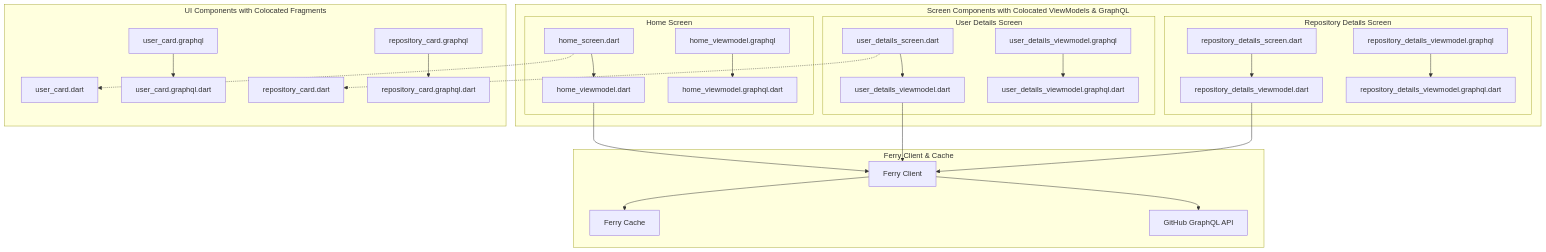
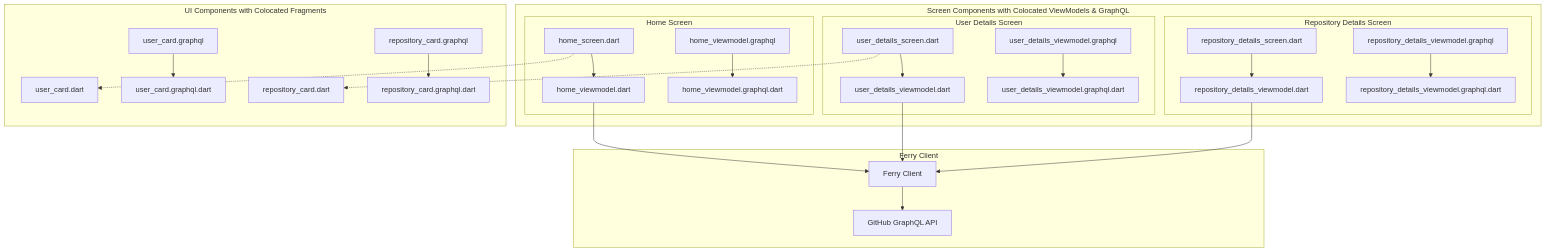
Before and after one commit to jacobdam/gh3: the first of 3 diagrams in .kiro/specs/github-graphql-ferry/design.md, drawn with Mermaid. The commit also changed other lines of this file and 3 other files, not shown here.

First line of the commit message:
refactor: remove caching strategy from GitHub GraphQL Ferry specification

````diff
--- a/.kiro/specs/github-graphql-ferry/design.md
+++ b/.kiro/specs/github-graphql-ferry/design.md
@@ -20,57 +20,56 @@
 ```mermaid
 graph TB
     subgraph "Screen Components with Colocated ViewModels & GraphQL"
         subgraph "Home Screen"
             HOME_SCREEN[home_screen.dart]
             HOME_VM[home_viewmodel.dart]
             HOME_GQL[home_viewmodel.graphql]
             HOME_CODEGEN[home_viewmodel.graphql.dart]
         end
         
         subgraph "User Details Screen"
             USER_SCREEN[user_details_screen.dart]
             USER_VM[user_details_viewmodel.dart]
             USER_GQL[user_details_viewmodel.graphql]
             USER_CODEGEN[user_details_viewmodel.graphql.dart]
         end
         
         subgraph "Repository Details Screen"
             REPO_SCREEN[repository_details_screen.dart]
             REPO_VM[repository_details_viewmodel.dart]
             REPO_GQL[repository_details_viewmodel.graphql]
             REPO_CODEGEN[repository_details_viewmodel.graphql.dart]
         end
     end
     
     subgraph "UI Components with Colocated Fragments"
         USER_CARD[user_card.dart]
         USER_FRAGMENT[user_card.graphql]
         USER_FRAG_CODE[user_card.graphql.dart]
         
         REPO_CARD[repository_card.dart]
         REPO_FRAGMENT[repository_card.graphql]
         REPO_FRAG_CODE[repository_card.graphql.dart]
     end
     
-    subgraph "Ferry Client & Cache"
-        FERRY[Ferry Client] --> CACHE[Ferry Cache]
-        FERRY --> GITHUB_GQL[GitHub GraphQL API]
+    subgraph "Ferry Client"
+        FERRY[Ferry Client] --> GITHUB_GQL[GitHub GraphQL API]
     end
     
     HOME_SCREEN --> HOME_VM
     USER_SCREEN --> USER_VM
     REPO_SCREEN --> REPO_VM
     
     HOME_VM --> FERRY
     USER_VM --> FERRY
     REPO_VM --> FERRY
     
     HOME_GQL --> HOME_CODEGEN
     USER_GQL --> USER_CODEGEN
     REPO_GQL --> REPO_CODEGEN
     USER_FRAGMENT --> USER_FRAG_CODE
     REPO_FRAGMENT --> REPO_FRAG_CODE
     
     HOME_SCREEN -.-> USER_CARD
     USER_SCREEN -.-> REPO_CARD
 ```
````
